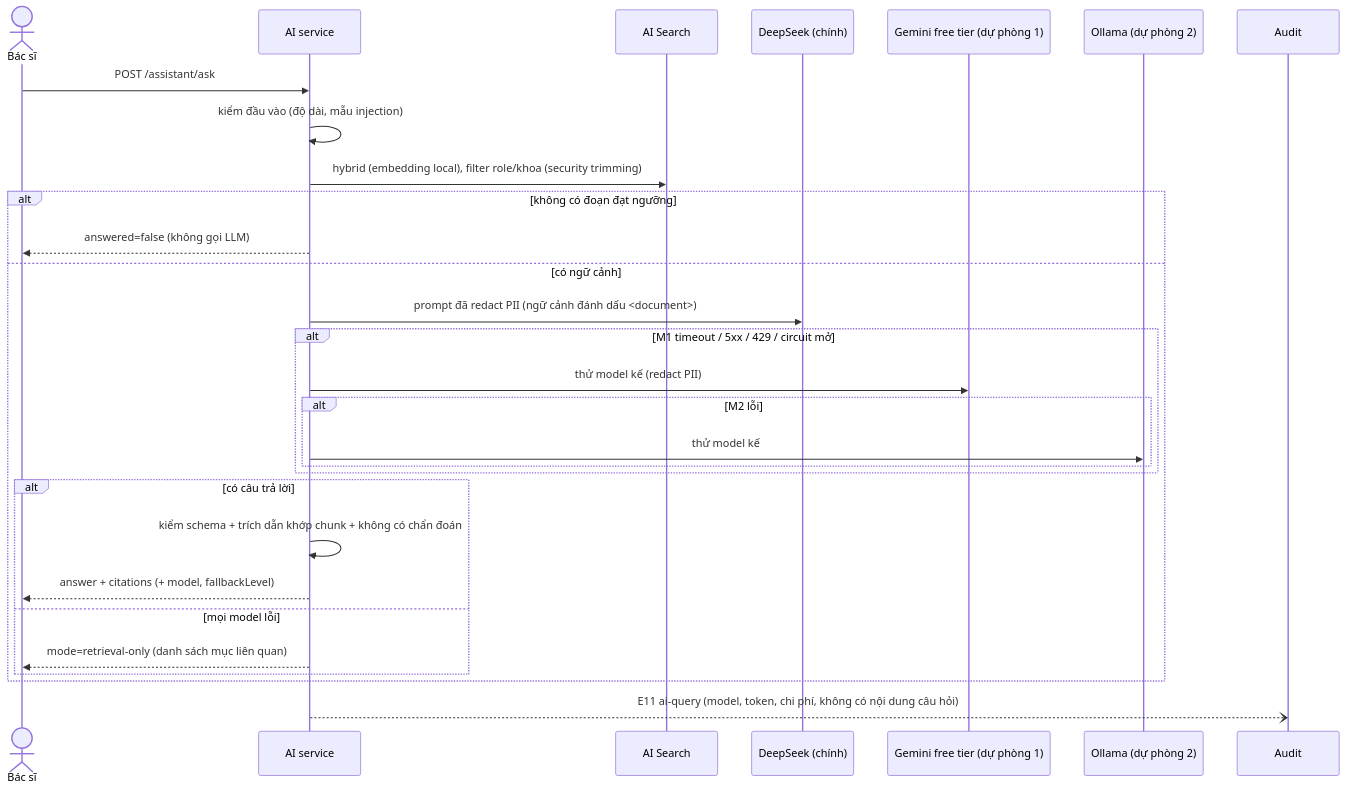
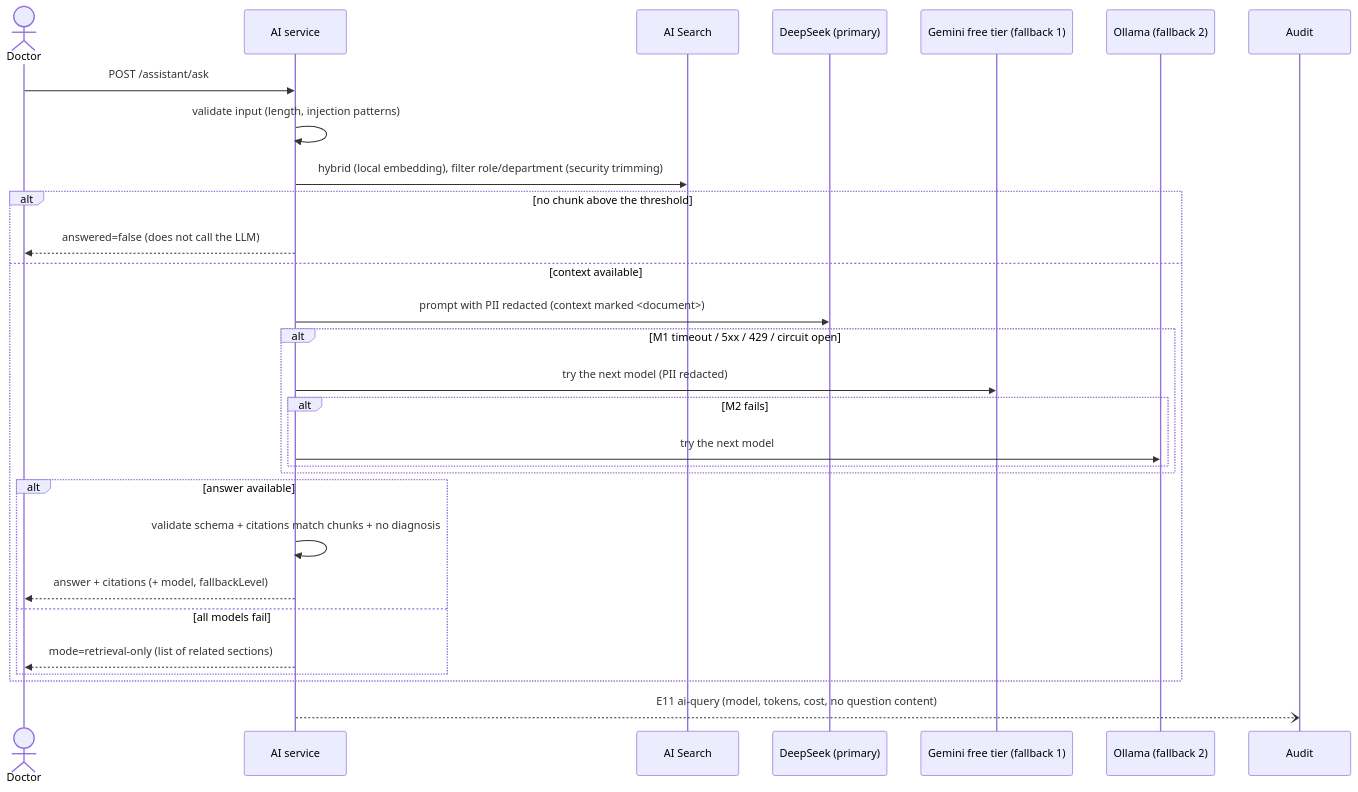
The fifth of 6 diagrams in docs/03-architecture/detailed-design/14-sequences.md (viethung12062005/smart-hospital-platform), drawn with Mermaid before and after one commit. The commit also changed other lines of this file and 346 other files, not shown here.

````diff
--- a/docs/03-architecture/detailed-design/14-sequences.md
+++ b/docs/03-architecture/detailed-design/14-sequences.md
@@ -149,32 +149,32 @@
 ```mermaid
 sequenceDiagram
-    actor U as Bác sĩ
+    actor U as Doctor
     participant AI as AI service
     participant SRCH as AI Search
-    participant M1 as DeepSeek (chính)
-    participant M2 as Gemini free tier (dự phòng 1)
-    participant M3 as Ollama (dự phòng 2)
+    participant M1 as DeepSeek (primary)
+    participant M2 as Gemini free tier (fallback 1)
+    participant M3 as Ollama (fallback 2)
     participant AUD as Audit
 
     U->>AI: POST /assistant/ask
-    AI->>AI: kiểm đầu vào (độ dài, mẫu injection)
-    AI->>SRCH: hybrid (embedding local), filter role/khoa (security trimming)
-    alt không có đoạn đạt ngưỡng
-        AI-->>U: answered=false (không gọi LLM)
-    else có ngữ cảnh
-        AI->>M1: prompt đã redact PII (ngữ cảnh đánh dấu <document>)
-        alt M1 timeout / 5xx / 429 / circuit mở
-            AI->>M2: thử model kế (redact PII)
-            alt M2 lỗi
-                AI->>M3: thử model kế
+    AI->>AI: validate input (length, injection patterns)
+    AI->>SRCH: hybrid (local embedding), filter role/department (security trimming)
+    alt no chunk above the threshold
+        AI-->>U: answered=false (does not call the LLM)
+    else context available
+        AI->>M1: prompt with PII redacted (context marked <document>)
+        alt M1 timeout / 5xx / 429 / circuit open
+            AI->>M2: try the next model (PII redacted)
+            alt M2 fails
+                AI->>M3: try the next model
             end
         end
-        alt có câu trả lời
-            AI->>AI: kiểm schema + trích dẫn khớp chunk + không có chẩn đoán
+        alt answer available
+            AI->>AI: validate schema + citations match chunks + no diagnosis
             AI-->>U: answer + citations (+ model, fallbackLevel)
-        else mọi model lỗi
-            AI-->>U: mode=retrieval-only (danh sách mục liên quan)
+        else all models fail
+            AI-->>U: mode=retrieval-only (list of related sections)
         end
     end
-    AI--)AUD: E11 ai-query (model, token, chi phí, không có nội dung câu hỏi)
+    AI--)AUD: E11 ai-query (model, tokens, cost, no question content)
 ```
````
